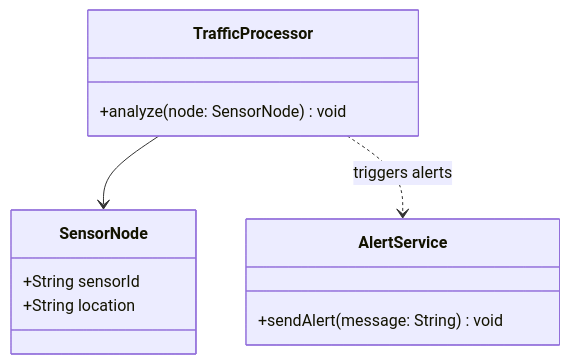
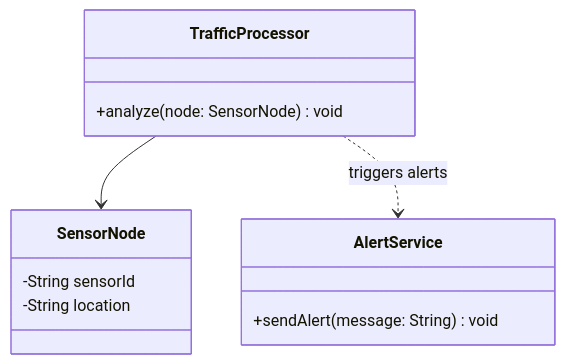
One commit to Shiv0-6/Smart-Traffic-management-System changed the first of 2 diagrams in docs/experiment-10-reverse-engineering-java-and-deployment.md. Above: the diagram before and after it, drawn with Mermaid. The commit also changed 1 other file, not shown here.

Commit message:
Align UML visibility and relationship notes in experiment docs
Agent-Logs-Url: https://github.com/Shiv0-6/Smart-Traffic-management-System/sessions/b5c3d7be-082c-40e3-ab5b-b2159465f258

````diff
--- a/docs/experiment-10-reverse-engineering-java-and-deployment.md
+++ b/docs/experiment-10-reverse-engineering-java-and-deployment.md
@@ -29,18 +29,18 @@
 ```mermaid
 classDiagram
     class SensorNode {
-        +String sensorId
-        +String location
+        -String sensorId
+        -String location
     }
 
     class TrafficProcessor {
         +analyze(node: SensorNode) void
     }
 
     class AlertService {
         +sendAlert(message: String) void
     }
 
     TrafficProcessor --> SensorNode
     TrafficProcessor ..> AlertService : triggers alerts
 ```
````
